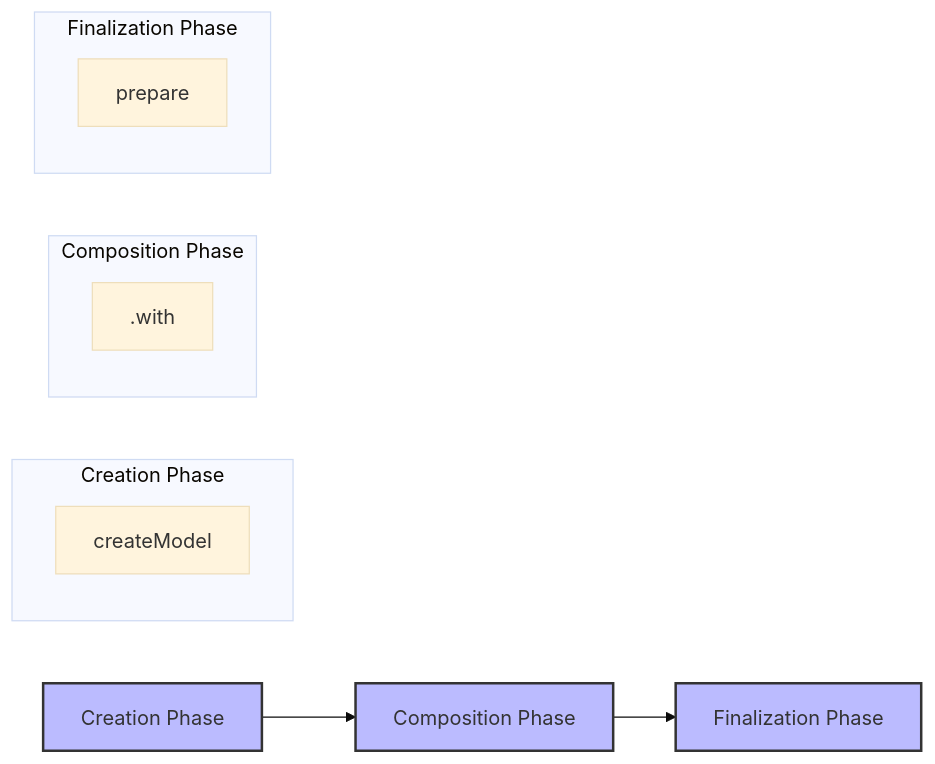
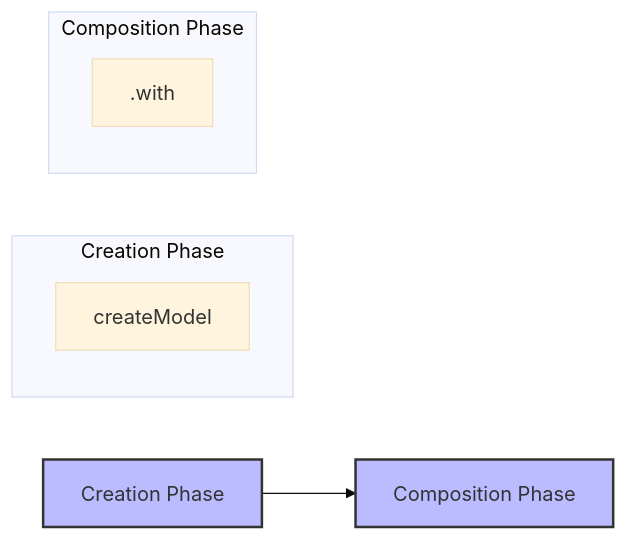
Before and after one commit to hejhi/rimitive: the third of 4 diagrams in README.md, drawn with Mermaid (base theme). The commit also changed other lines of this file and 3 other files, not shown here.

````diff
--- a/README.md
+++ b/README.md
@@ -108,20 +105,15 @@
 ```mermaid
 graph LR
     CP[Creation Phase] --> CoP[Composition Phase]
-    CoP --> FP[Finalization Phase]
     
     subgraph "Creation Phase"
         CM[createModel]
     end
     
     subgraph "Composition Phase"
         W[.with]
     end
     
-    subgraph "Finalization Phase"
-        P[prepare]
-    end
-    
     classDef phase fill:#bbf,stroke:#333,stroke-width:2px;
-    class CP,CoP,FP phase;
+    class CP,CoP phase;
 ```
````
